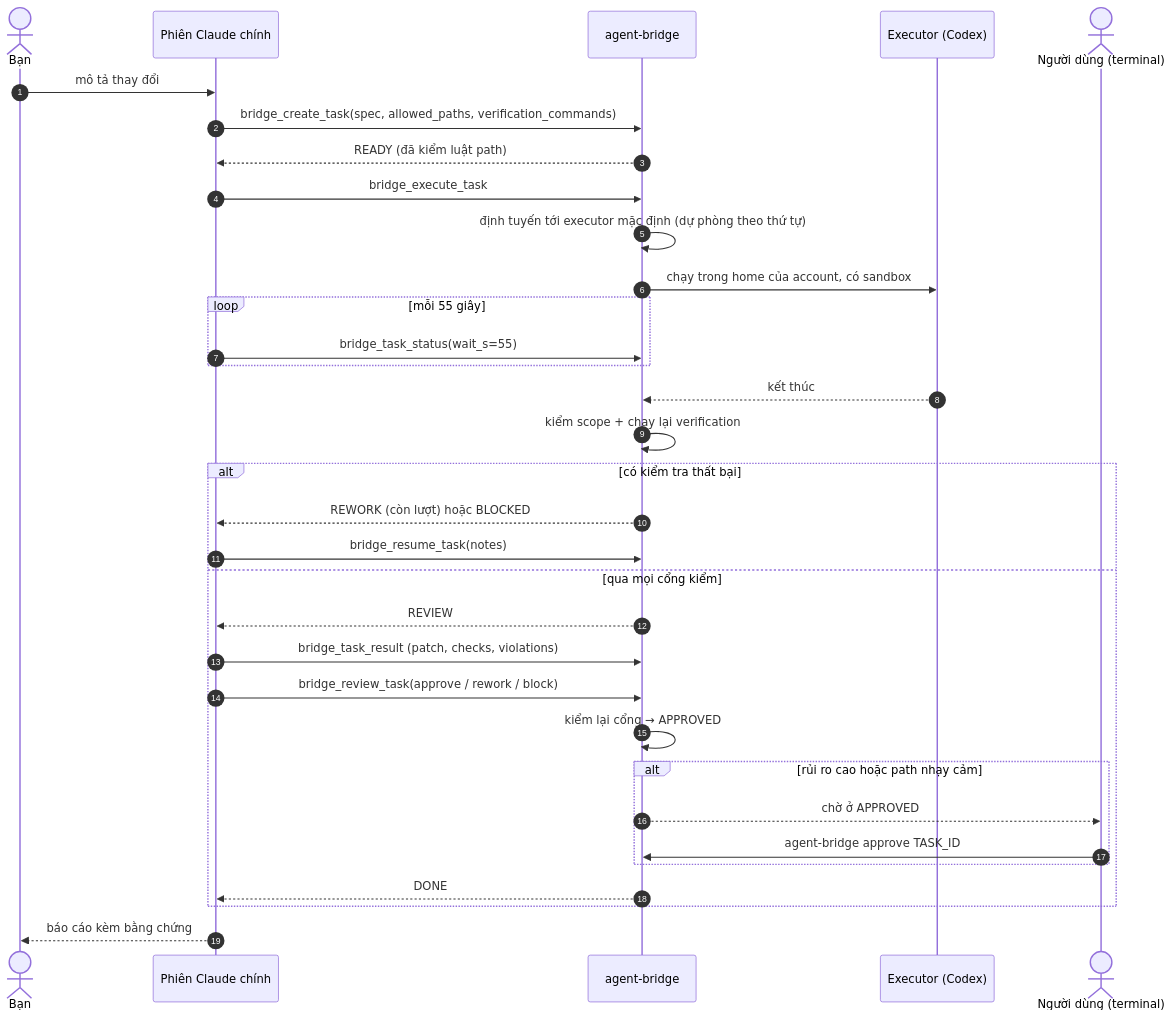
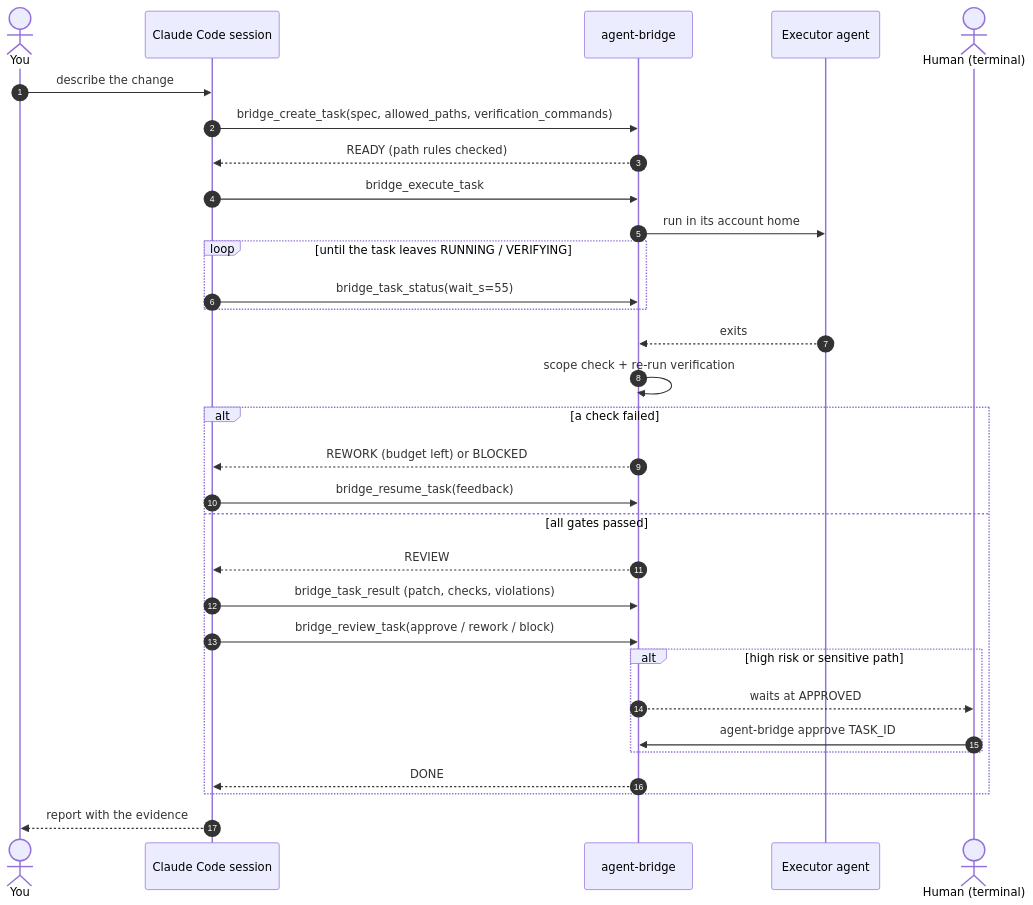
One commit to leetuanbmt/agent-orchestration-kit changed the second of 2 diagrams in README.vi.md. Above: the diagram before and after it, drawn with Mermaid. The commit also changed other lines of this file and 4 other files, not shown here.

````diff
--- a/README.vi.md
+++ b/README.vi.md
@@ -291,36 +264,34 @@
 ```mermaid
 sequenceDiagram
     autonumber
-    actor You as Bạn
-    participant C as Phiên Claude chính
+    actor You
+    participant C as Claude Code session
     participant B as agent-bridge
-    participant X as Executor (Codex)
-    actor H as Người dùng (terminal)
+    participant X as Executor agent
+    actor H as Human (terminal)
 
-    You->>C: mô tả thay đổi
+    You->>C: describe the change
     C->>B: bridge_create_task(spec, allowed_paths, verification_commands)
-    B-->>C: READY (đã kiểm luật path)
+    B-->>C: READY (path rules checked)
     C->>B: bridge_execute_task
-    B->>B: định tuyến tới executor mặc định (dự phòng theo thứ tự)
-    B->>X: chạy trong home của account, có sandbox
-    loop mỗi 55 giây
+    B->>X: run in its account home
+    loop until the task leaves RUNNING / VERIFYING
         C->>B: bridge_task_status(wait_s=55)
     end
-    X-->>B: kết thúc
-    B->>B: kiểm scope + chạy lại verification
-    alt có kiểm tra thất bại
-        B-->>C: REWORK (còn lượt) hoặc BLOCKED
-        C->>B: bridge_resume_task(notes)
-    else qua mọi cổng kiểm
+    X-->>B: exits
+    B->>B: scope check + re-run verification
+    alt a check failed
+        B-->>C: REWORK (budget left) or BLOCKED
+        C->>B: bridge_resume_task(feedback)
+    else all gates passed
         B-->>C: REVIEW
         C->>B: bridge_task_result (patch, checks, violations)
         C->>B: bridge_review_task(approve / rework / block)
-        B->>B: kiểm lại cổng → APPROVED
-        alt rủi ro cao hoặc path nhạy cảm
-            B-->>H: chờ ở APPROVED
+        alt high risk or sensitive path
+            B-->>H: waits at APPROVED
             H->>B: agent-bridge approve TASK_ID
         end
         B-->>C: DONE
     end
-    C-->>You: báo cáo kèm bằng chứng
+    C-->>You: report with the evidence
 ```
````
